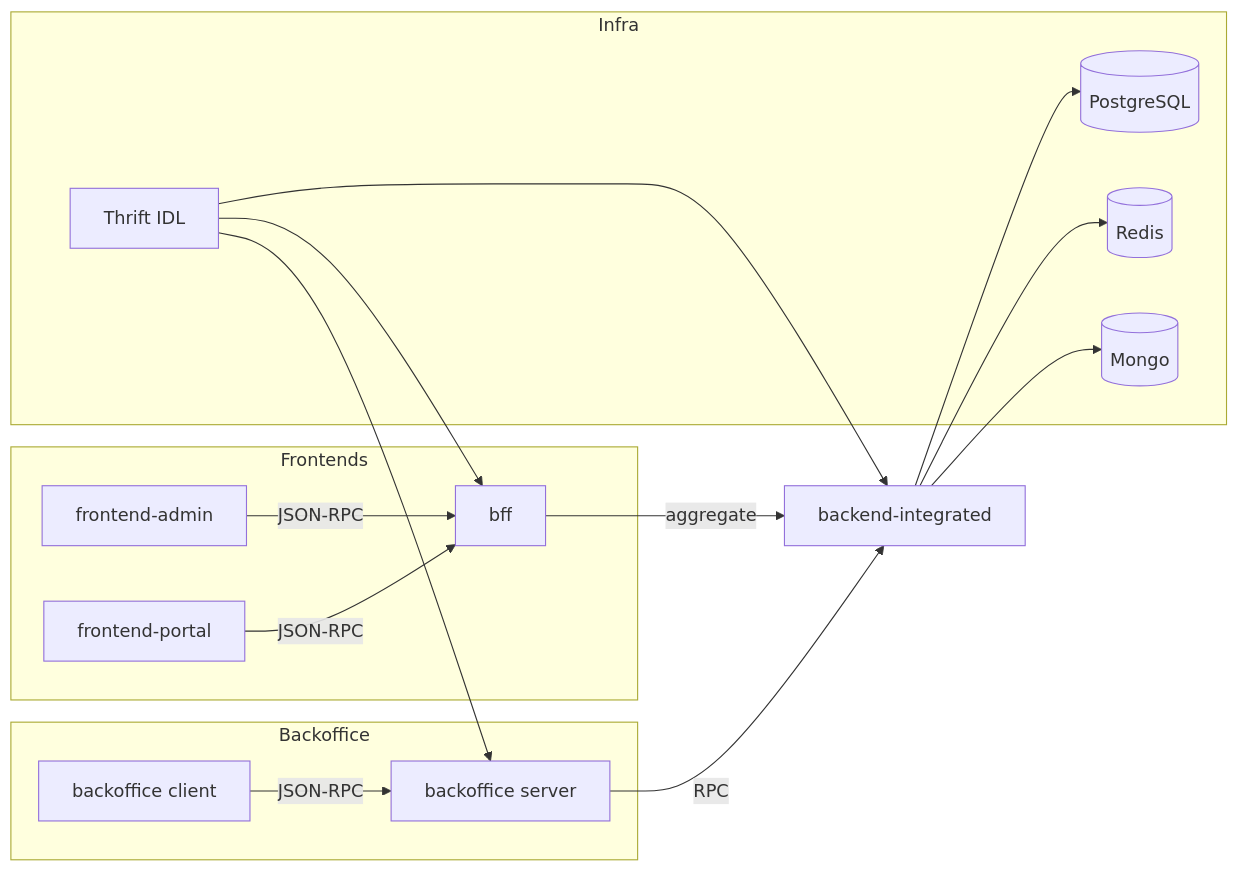
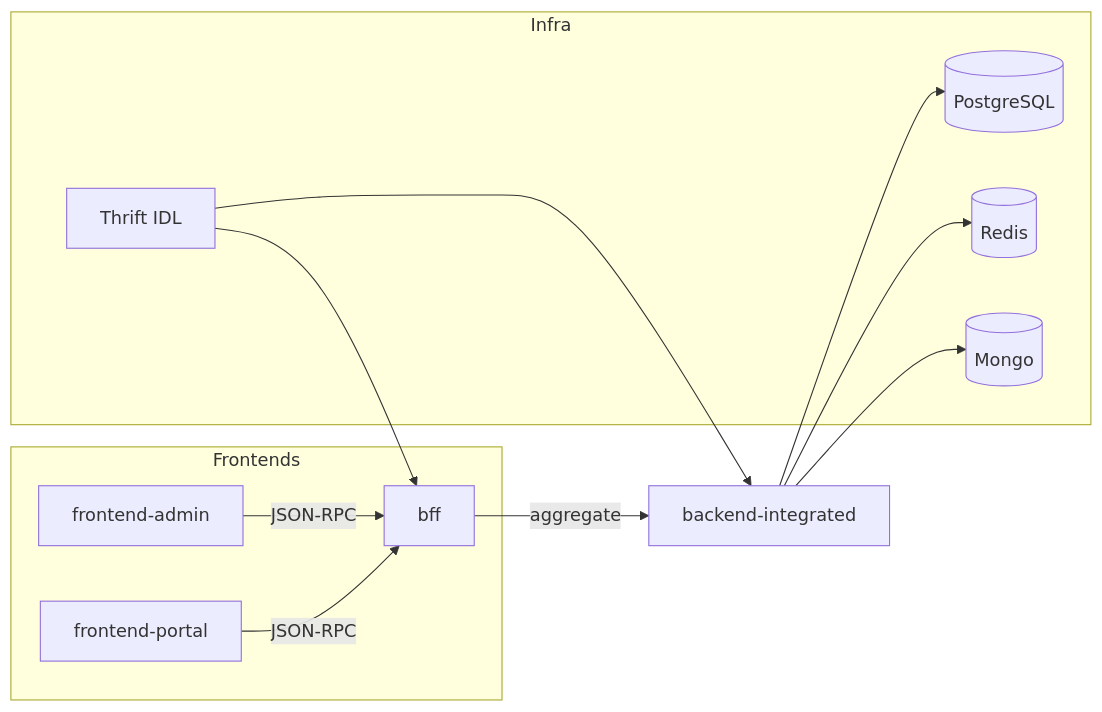
Before and after one commit to LZStarV/CSISP: the diagram in docs/src/架构设计/总体架构.md, drawn with Mermaid. The commit also changed other lines of this file and 136 other files, not shown here.

````diff
--- a/docs/src/架构设计/总体架构.md
+++ b/docs/src/架构设计/总体架构.md
@@ -34,28 +33,22 @@
 ```mermaid
 flowchart LR
     subgraph Frontends
       Admin[frontend-admin] -->|JSON-RPC| BFF[bff]
       Portal[frontend-portal] -->|JSON-RPC| BFF
     end
 
-    subgraph Backoffice
-      BackofficeClient[backoffice client] -->|JSON-RPC| BackofficeServer[backoffice server]
-    end
-
     BFF -->|aggregate| Backend[backend-integrated]
-    BackofficeServer -->|RPC| Backend
 
     subgraph Infra
       PG[(PostgreSQL)]
       RD[(Redis)]
       MG[(Mongo)]
       IDL[Thrift IDL]
     end
 
     Backend --> PG
     Backend --> RD
     Backend --> MG
     IDL --> Backend
-    IDL --> BackofficeServer
     IDL --> BFF
 ```
````
